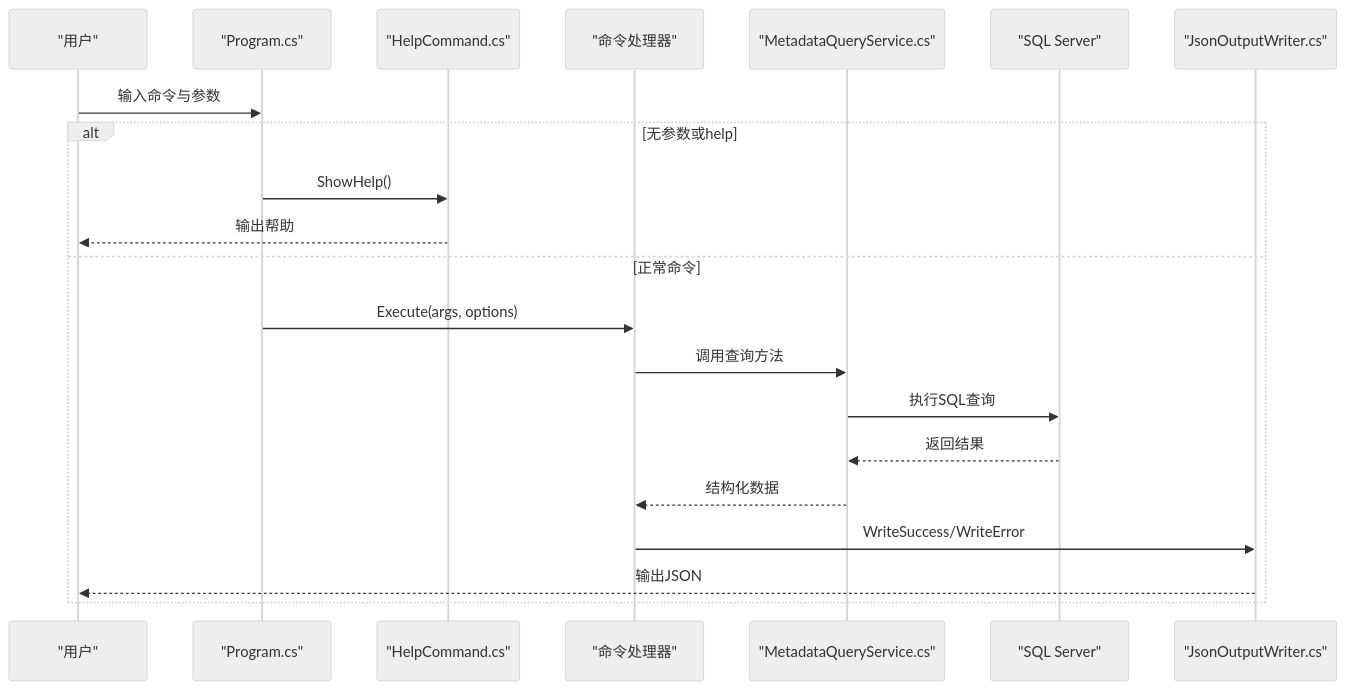
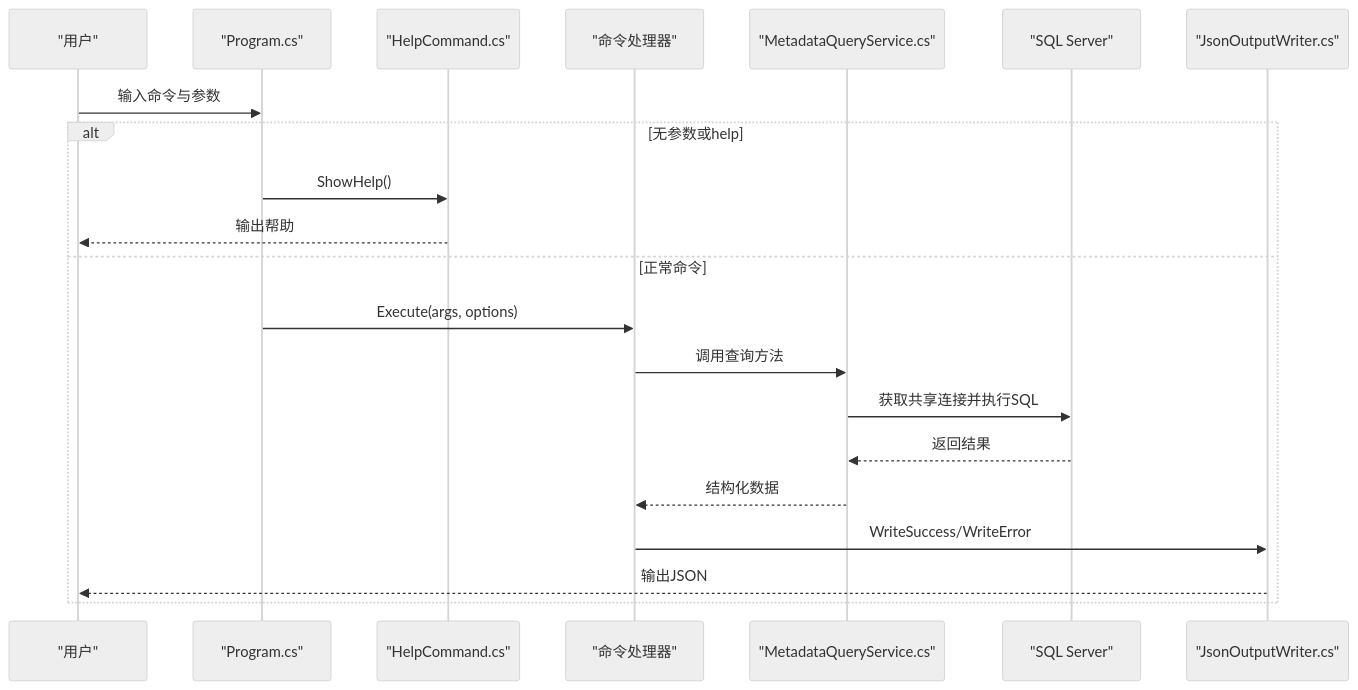
Before and after one commit to 15980282969/K3CloudDataDictionary: the second of 7 diagrams in .qoder/repowiki/zh/content/命令行工具/使用示例与最佳实践.md, drawn with Mermaid (neutral theme). The commit also changed other lines of this file and 1 other file, not shown here.

````diff
--- a/.qoder/repowiki/zh/content/命令行工具/使用示例与最佳实践.md
+++ b/.qoder/repowiki/zh/content/命令行工具/使用示例与最佳实践.md
@@ -87,23 +121,23 @@
 ```mermaid
 sequenceDiagram
 participant U as "用户"
 participant P as "Program.cs"
 participant HC as "HelpCommand.cs"
 participant CMD as "命令处理器"
 participant S as "MetadataQueryService.cs"
 participant DB as "SQL Server"
 participant OUT as "JsonOutputWriter.cs"
 U->>P : 输入命令与参数
 alt 无参数或help
 P->>HC : ShowHelp()
 HC-->>U : 输出帮助
 else 正常命令
 P->>CMD : Execute(args, options)
 CMD->>S : 调用查询方法
-S->>DB : 执行SQL查询
+S->>DB : 获取共享连接并执行SQL
 DB-->>S : 返回结果
 S-->>CMD : 结构化数据
 CMD->>OUT : WriteSuccess/WriteError
 OUT-->>U : 输出JSON
 end
 ```
````
